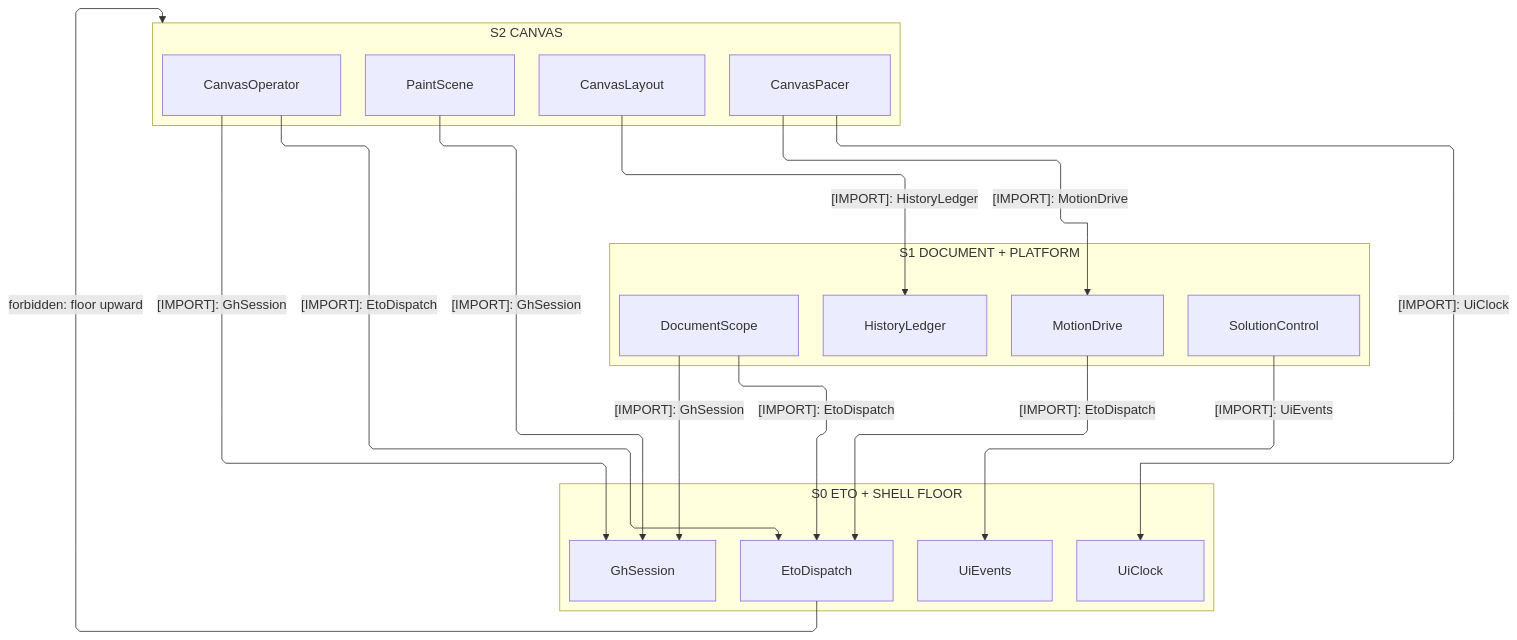
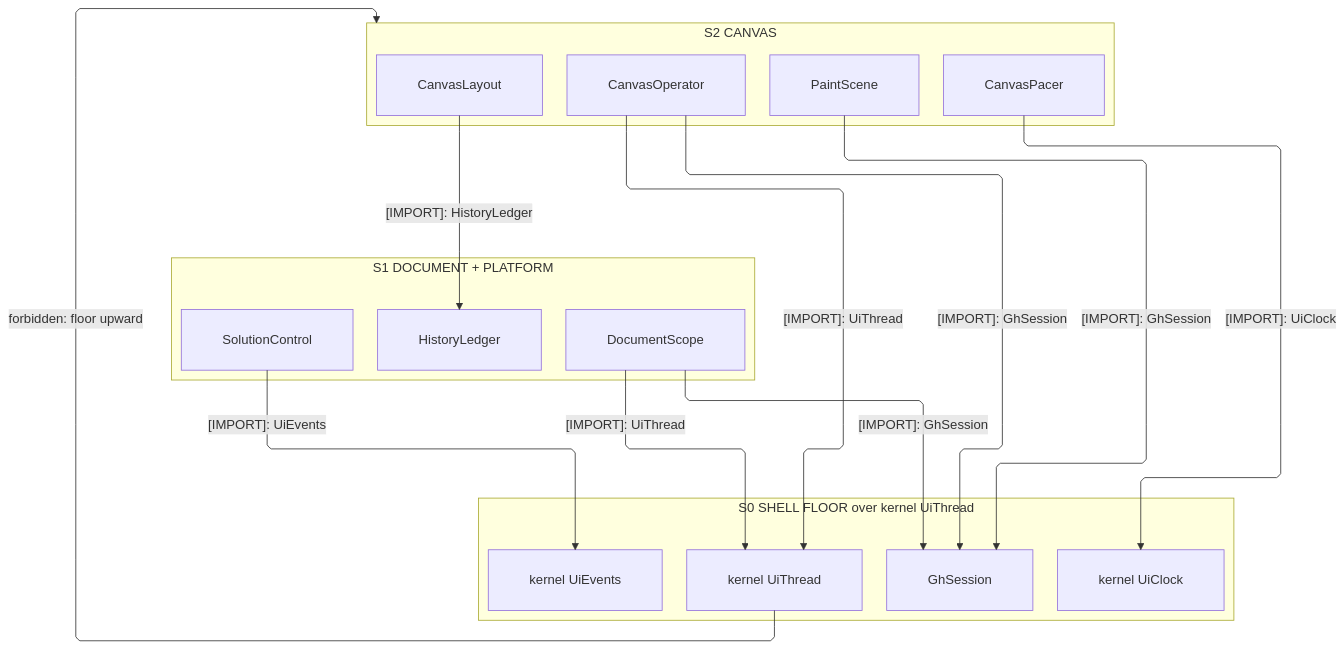
Before and after one commit to bsamiee/Rasm: the first of 3 diagrams in libs/csharp/Rasm.Grasshopper/ARCHITECTURE.md, drawn with Mermaid. The commit also changed other lines of this file and 115 other files, not shown here.

````diff
--- a/libs/csharp/Rasm.Grasshopper/ARCHITECTURE.md
+++ b/libs/csharp/Rasm.Grasshopper/ARCHITECTURE.md
@@ -64,41 +63,38 @@
 ```mermaid
 ---
 config:
   layout: elk
   flowchart:
     curve: linear
     padding: 25
 ---
 flowchart TB
     accTitle: Rasm.Grasshopper interior strata
-    accDescr: Three stacked strata from the canvas owner through the document and platform composers onto the co-recursive Eto-Shell UI-thread floor, every consumption edge downward naming one sourced type, and the one forbidden direction marked at the floor.
+    accDescr: Which floor owners each canvas, document, and platform surface consumes, with the Components island deliberately undrawn.
     subgraph S2["S2 CANVAS"]
         Operator[CanvasOperator]
         Paint[PaintScene]
         Layout[CanvasLayout]
         Pacer[CanvasPacer]
     end
     subgraph S1["S1 DOCUMENT + PLATFORM"]
         Scope[DocumentScope]
         Ledger[HistoryLedger]
         Solution[SolutionControl]
-        Drive[MotionDrive]
     end
-    subgraph S0["S0 ETO + SHELL FLOOR"]
+    subgraph S0["S0 SHELL FLOOR over kernel UiThread"]
         Session[GhSession]
-        Dispatch[EtoDispatch]
-        Clock[UiClock]
-        Events[UiEvents]
+        Dispatch["kernel UiThread"]
+        Clock["kernel UiClock"]
+        Events["kernel UiEvents"]
     end
-    Operator -->|"[IMPORT]: GhSession"| Session
-    Operator -->|"[IMPORT]: EtoDispatch"| Dispatch
-    Layout -->|"[IMPORT]: HistoryLedger"| Ledger
-    Paint -->|"[IMPORT]: GhSession"| Session
-    Pacer -->|"[IMPORT]: MotionDrive"| Drive
-    Pacer -->|"[IMPORT]: UiClock"| Clock
-    Scope -->|"[IMPORT]: GhSession"| Session
-    Scope -->|"[IMPORT]: EtoDispatch"| Dispatch
-    Solution -->|"[IMPORT]: UiEvents"| Events
-    Drive -->|"[IMPORT]: EtoDispatch"| Dispatch
-    Dispatch -->|"forbidden: floor upward"| S2
+    Operator e1@-->|"[IMPORT]: GhSession"| Session
+    Operator e2@-->|"[IMPORT]: UiThread"| Dispatch
+    Layout e3@-->|"[IMPORT]: HistoryLedger"| Ledger
+    Paint e4@-->|"[IMPORT]: GhSession"| Session
+    Pacer e5@-->|"[IMPORT]: UiClock"| Clock
+    Scope e6@-->|"[IMPORT]: GhSession"| Session
+    Scope e7@-->|"[IMPORT]: UiThread"| Dispatch
+    Solution e8@-->|"[IMPORT]: UiEvents"| Events
+    Dispatch f1@-->|"forbidden: floor upward"| S2
 ```
````
